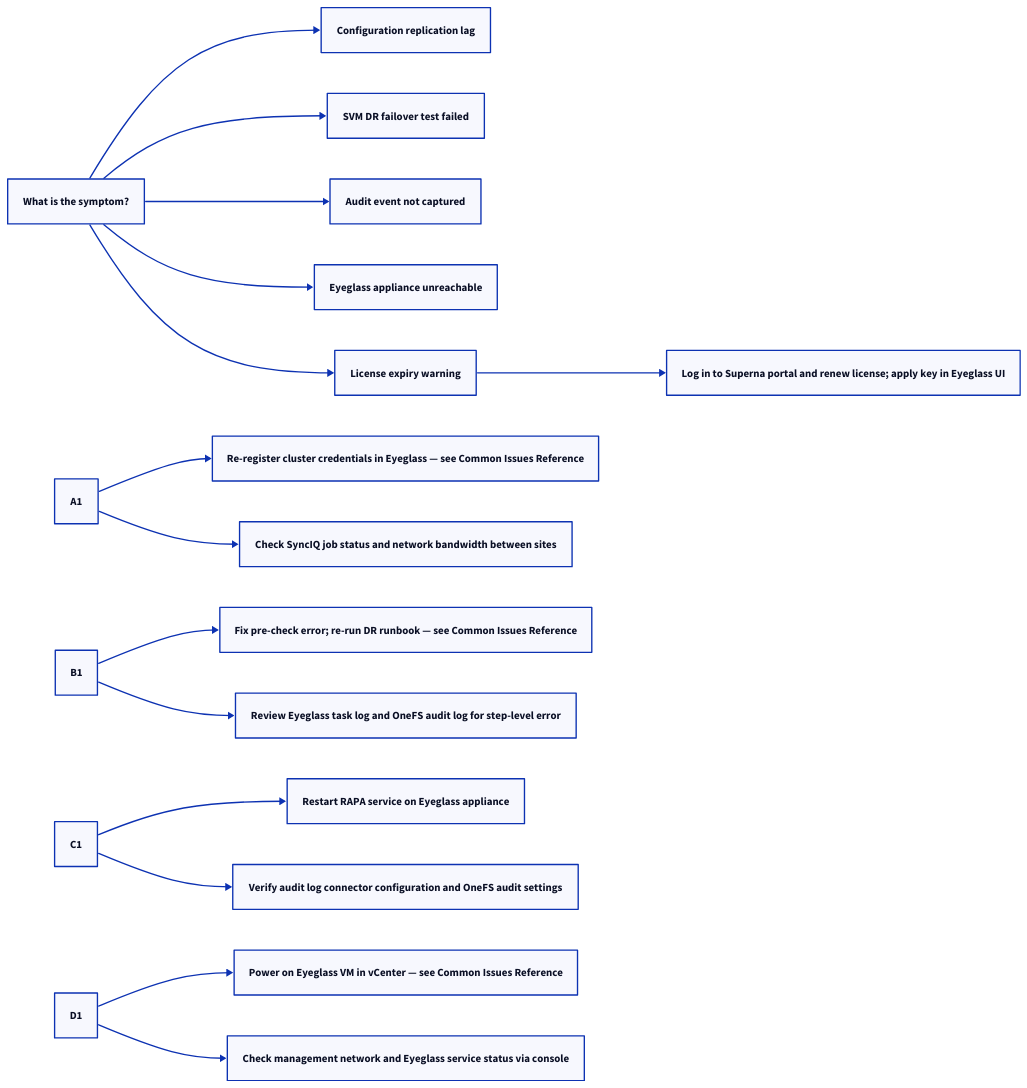
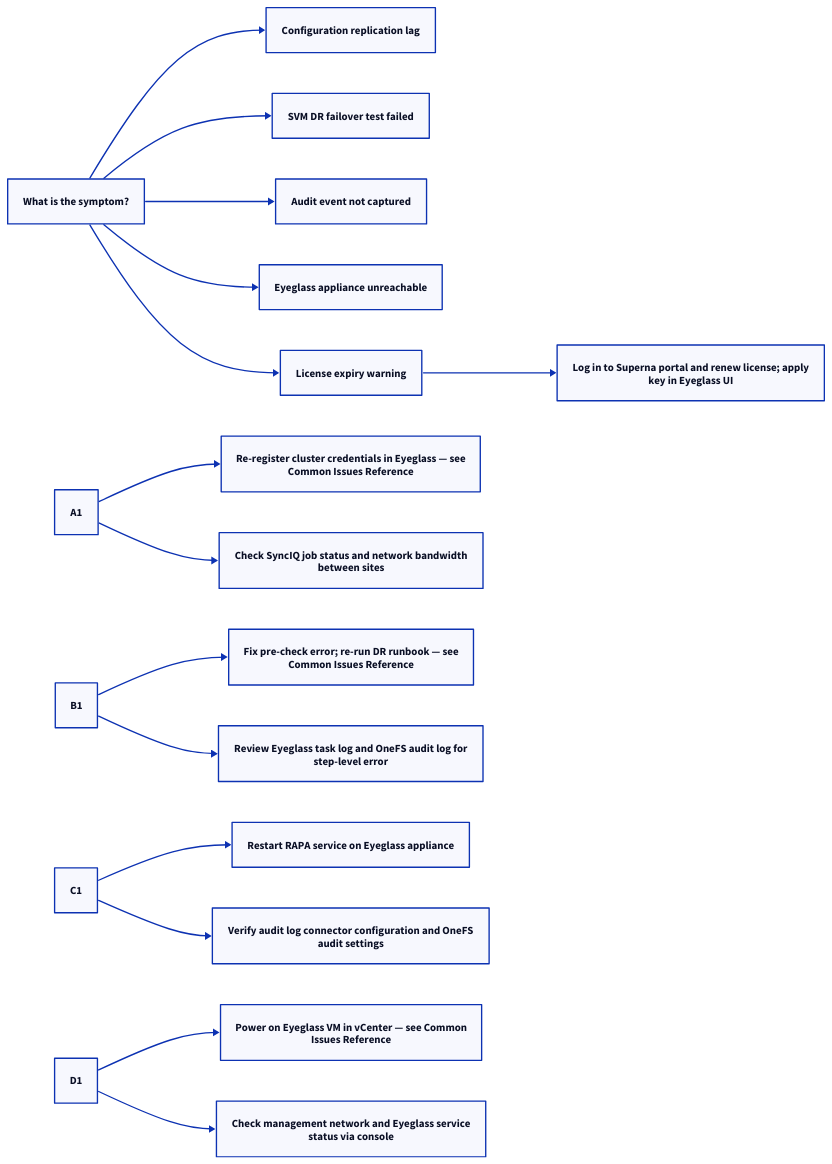
The second of 2 diagrams in docs/storage/netapp/superna-eyeglass/troubleshooting/common-issues.md (canast01/chris-kb), drawn with D2 before and after one commit. The commit also changed 192 other files, not shown here.

````diff
--- a/docs/storage/netapp/superna-eyeglass/troubleshooting/common-issues.md
+++ b/docs/storage/netapp/superna-eyeglass/troubleshooting/common-issues.md
@@ -44,38 +44,38 @@
 ```d2
 direction: right
 
 S: "What is the symptom?" {shape: rectangle}
 A: "Configuration replication lag" {shape: rectangle}
 B: "SVM DR failover test failed" {shape: rectangle}
 C: "Audit event not captured" {shape: rectangle}
 D: "Eyeglass appliance unreachable" {shape: rectangle}
 E: "License expiry warning" {shape: rectangle}
 A1: "A1" {shape: rectangle}
-A2: "Re-register cluster credentials in Eyeglass — see Common Issues Reference" {shape: rectangle}
-A3: "Check SyncIQ job status and network bandwidth between sites" {shape: rectangle}
+A2: "Re-register cluster credentials in Eyeglass — see\nCommon Issues Reference" {shape: rectangle}
+A3: "Check SyncIQ job status and network bandwidth\nbetween sites" {shape: rectangle}
 B1: "B1" {shape: rectangle}
-B2: "Fix pre-check error; re-run DR runbook — see Common Issues Reference" {shape: rectangle}
-B3: "Review Eyeglass task log and OneFS audit log for step-level error" {shape: rectangle}
+B2: "Fix pre-check error; re-run DR runbook — see\nCommon Issues Reference" {shape: rectangle}
+B3: "Review Eyeglass task log and OneFS audit log for\nstep-level error" {shape: rectangle}
 C1: "C1" {shape: rectangle}
 C2: "Restart RAPA service on Eyeglass appliance" {shape: rectangle}
-C3: "Verify audit log connector configuration and OneFS audit settings" {shape: rectangle}
+C3: "Verify audit log connector configuration and OneFS\naudit settings" {shape: rectangle}
 D1: "D1" {shape: rectangle}
-D2: "Power on Eyeglass VM in vCenter — see Common Issues Reference" {shape: rectangle}
-D3: "Check management network and Eyeglass service status via console" {shape: rectangle}
-E1: "Log in to Superna portal and renew license; apply key in Eyeglass UI" {shape: rectangle}
+D2: "Power on Eyeglass VM in vCenter — see Common\nIssues Reference" {shape: rectangle}
+D3: "Check management network and Eyeglass service\nstatus via console" {shape: rectangle}
+E1: "Log in to Superna portal and renew license; apply\nkey in Eyeglass UI" {shape: rectangle}
 
 S -> A
 S -> B
 S -> C
 S -> D
 S -> E
 A1 -> A2
 A1 -> A3
 B1 -> B2
 B1 -> B3
 C1 -> C2
 C1 -> C3
 D1 -> D2
 D1 -> D3
 E -> E1
 ```
````
